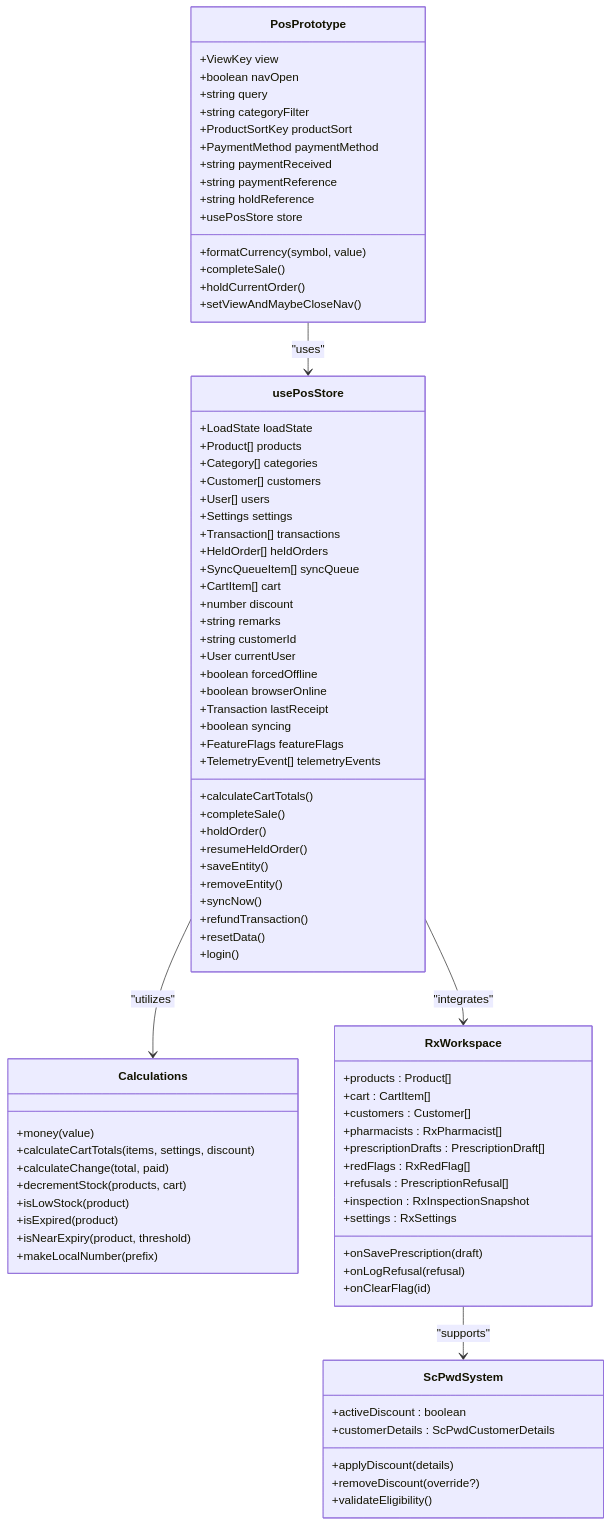
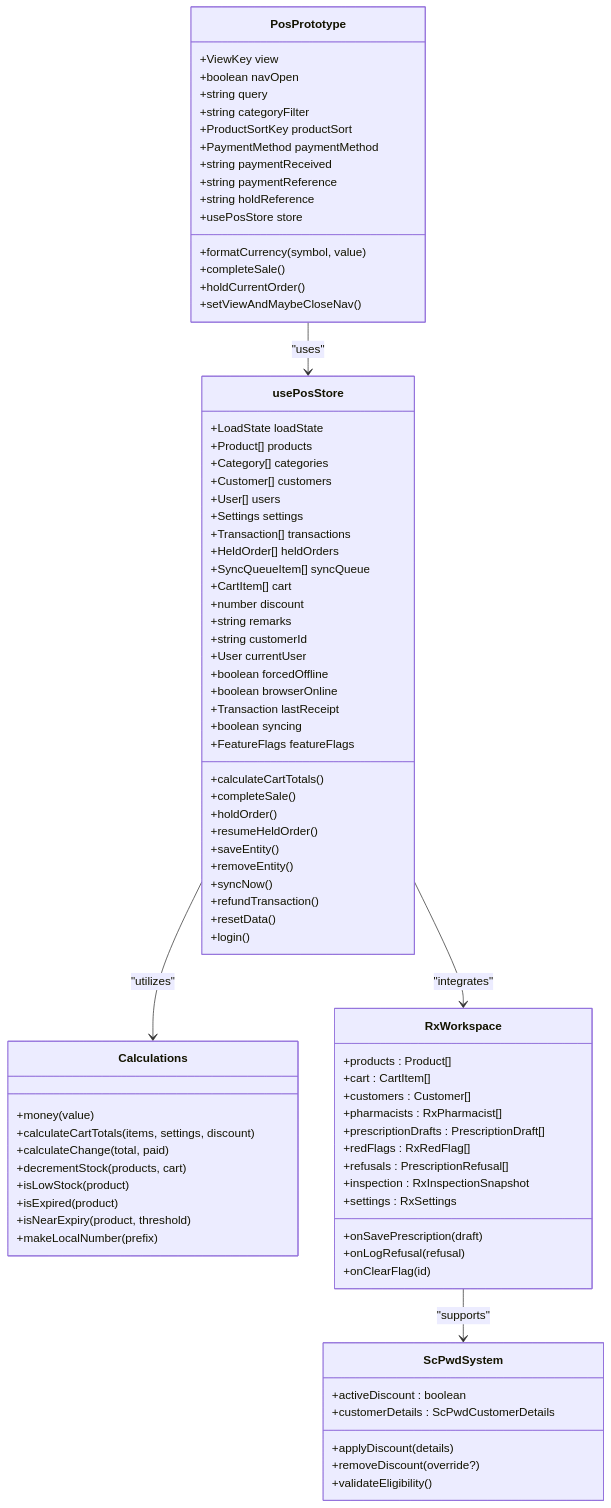
Before and after one commit to yosefdc7/PharmaPOS: the third of 6 diagrams in .qoder/repowiki/en/content/Frontend Interface/Next.js Web POS Prototype/Next.js Web POS Prototype.md, drawn with Mermaid. The commit also changed other lines of this file and 103 other files, not shown here.

```diff
--- a/.qoder/repowiki/en/content/Frontend Interface/Next.js Web POS Prototype/Next.js Web POS Prototype.md
+++ b/.qoder/repowiki/en/content/Frontend Interface/Next.js Web POS Prototype/Next.js Web POS Prototype.md
@@ -362,7 +419,6 @@
 +Transaction lastReceipt
 +boolean syncing
 +FeatureFlags featureFlags
-+TelemetryEvent[] telemetryEvents
 +calculateCartTotals()
 +completeSale()
 +holdOrder()
```
